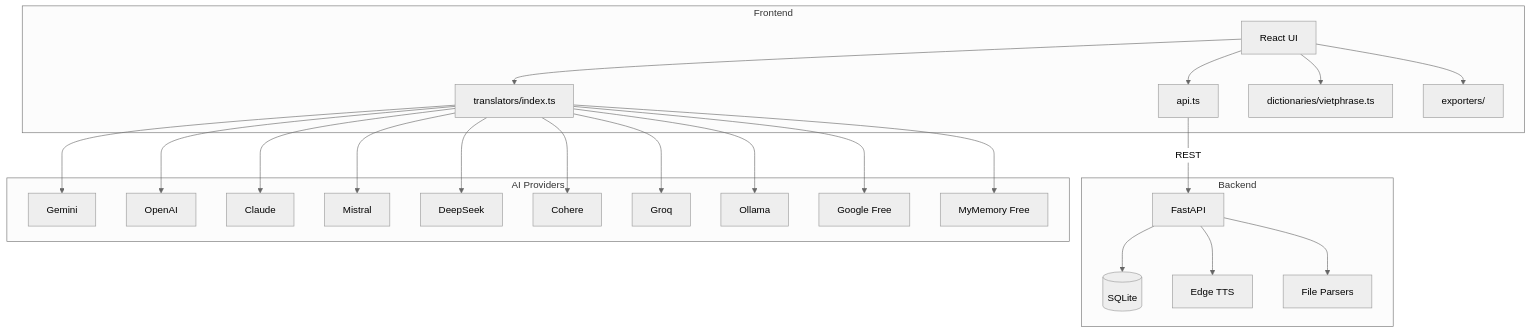
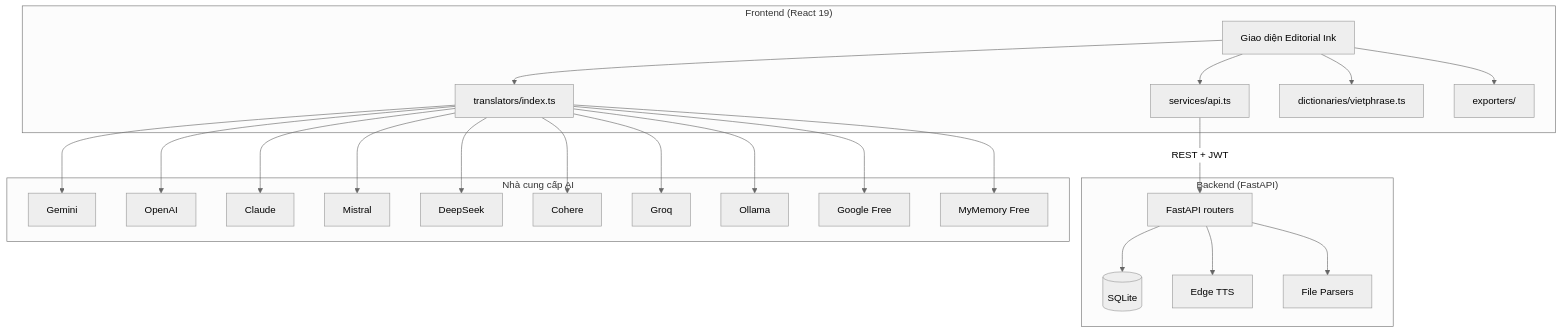
The diagram in README.md (Lacia1803/omninovel-studio), drawn with Mermaid (neutral theme) before and after one commit. The commit also changed other lines of this file, not shown here.

````diff
--- a/README.md
+++ b/README.md
@@ -79,29 +88,29 @@
 ```mermaid
 graph TB
-    subgraph "Frontend"
-        UI[React UI] --> API[api.ts]
+    subgraph "Frontend (React 19)"
+        UI[Giao diện Editorial Ink] --> API[services/api.ts]
         UI --> Trans[translators/index.ts]
         UI --> Dict[dictionaries/vietphrase.ts]
         UI --> Exp[exporters/]
     end
 
-    subgraph "Backend"
-        API -->|REST| BE[FastAPI]
+    subgraph "Backend (FastAPI)"
+        API -->|REST + JWT| BE[FastAPI routers]
         BE --> DB[(SQLite)]
         BE --> TTS[Edge TTS]
         BE --> Parser[File Parsers]
     end
 
-    subgraph "AI Providers"
+    subgraph "Nhà cung cấp AI"
         Trans --> Gemini
         Trans --> OpenAI
         Trans --> Claude
         Trans --> Mistral
         Trans --> DeepSeek
         Trans --> Cohere
         Trans --> Groq
         Trans --> Ollama
         Trans --> GoogleFree[Google Free]
         Trans --> MyMemory[MyMemory Free]
     end
 ```
````
